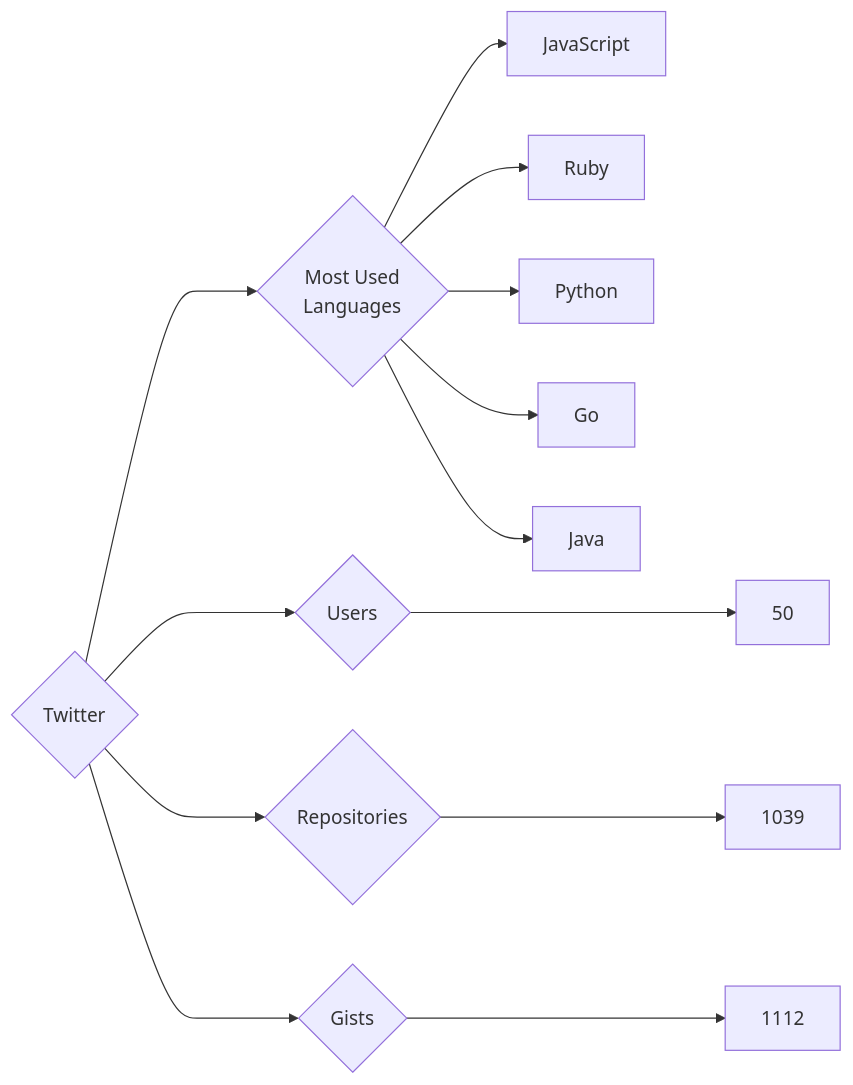
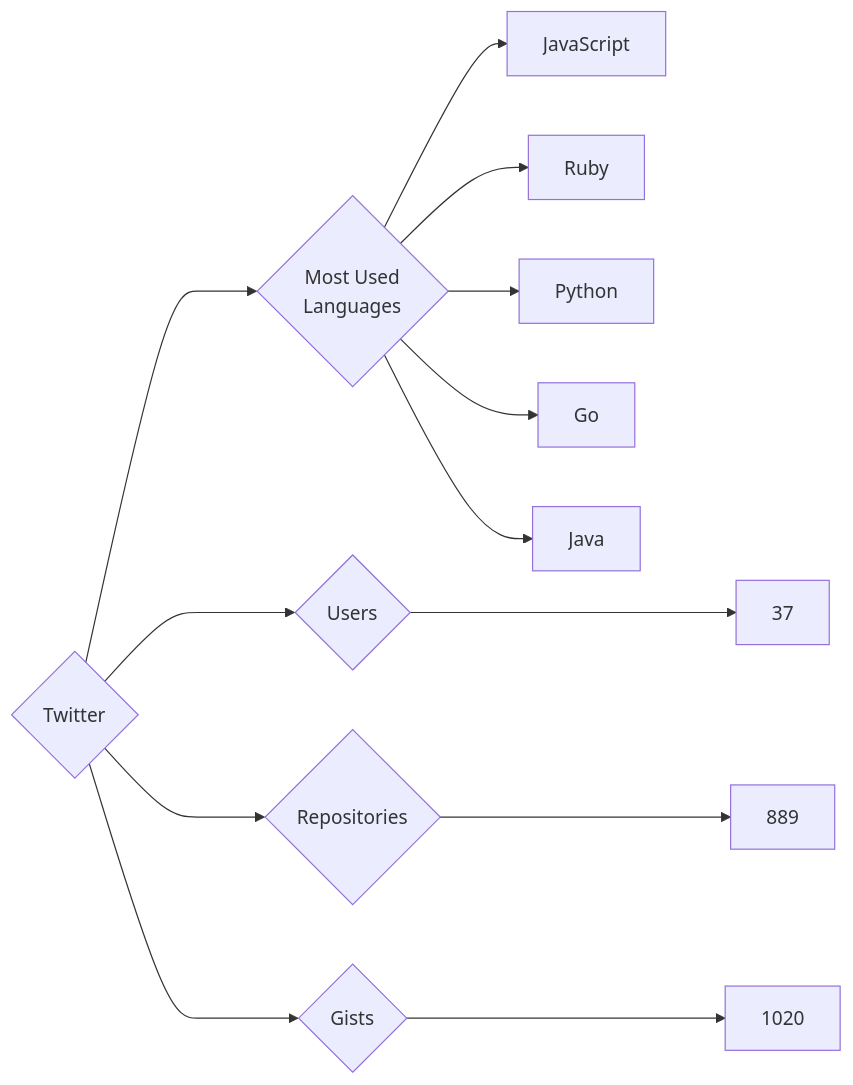
Before and after one commit to trickest/insiders: the diagram in targets/Twitter/README.md, drawn with Mermaid. The commit also changed 1011 other files, not shown here.

````diff
--- a/targets/Twitter/README.md
+++ b/targets/Twitter/README.md
@@ -3,13 +3,13 @@
 ```mermaid
 graph LR
 COMPANY_NAME{Twitter}
-COMPANY_NAME ---> U{Users} ---> UN[50]
-COMPANY_NAME ---> R{Repositories} ---> RN[1039]
-COMPANY_NAME ---> G{Gists} ---> GN[1112]
+COMPANY_NAME ---> U{Users} ---> UN[37]
+COMPANY_NAME ---> R{Repositories} ---> RN[889]
+COMPANY_NAME ---> G{Gists} ---> GN[1020]
 COMPANY_NAME ---> ML{Most Used<br>Languages}
 ML --> JavaScript[JavaScript]
 ML --> Ruby[Ruby]
 ML --> Python[Python]
 ML --> Go[Go]
 ML --> Java[Java]
 ```
````
